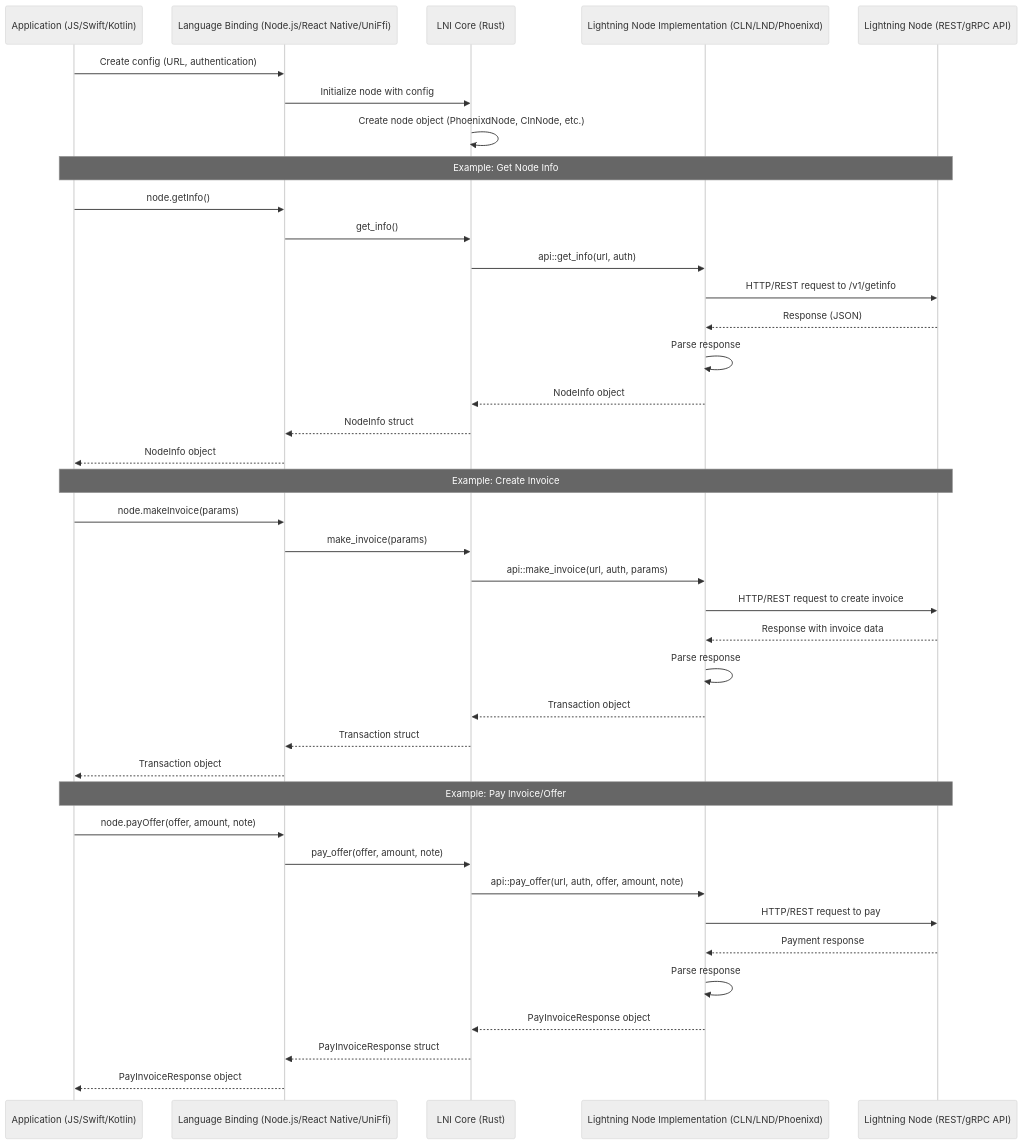
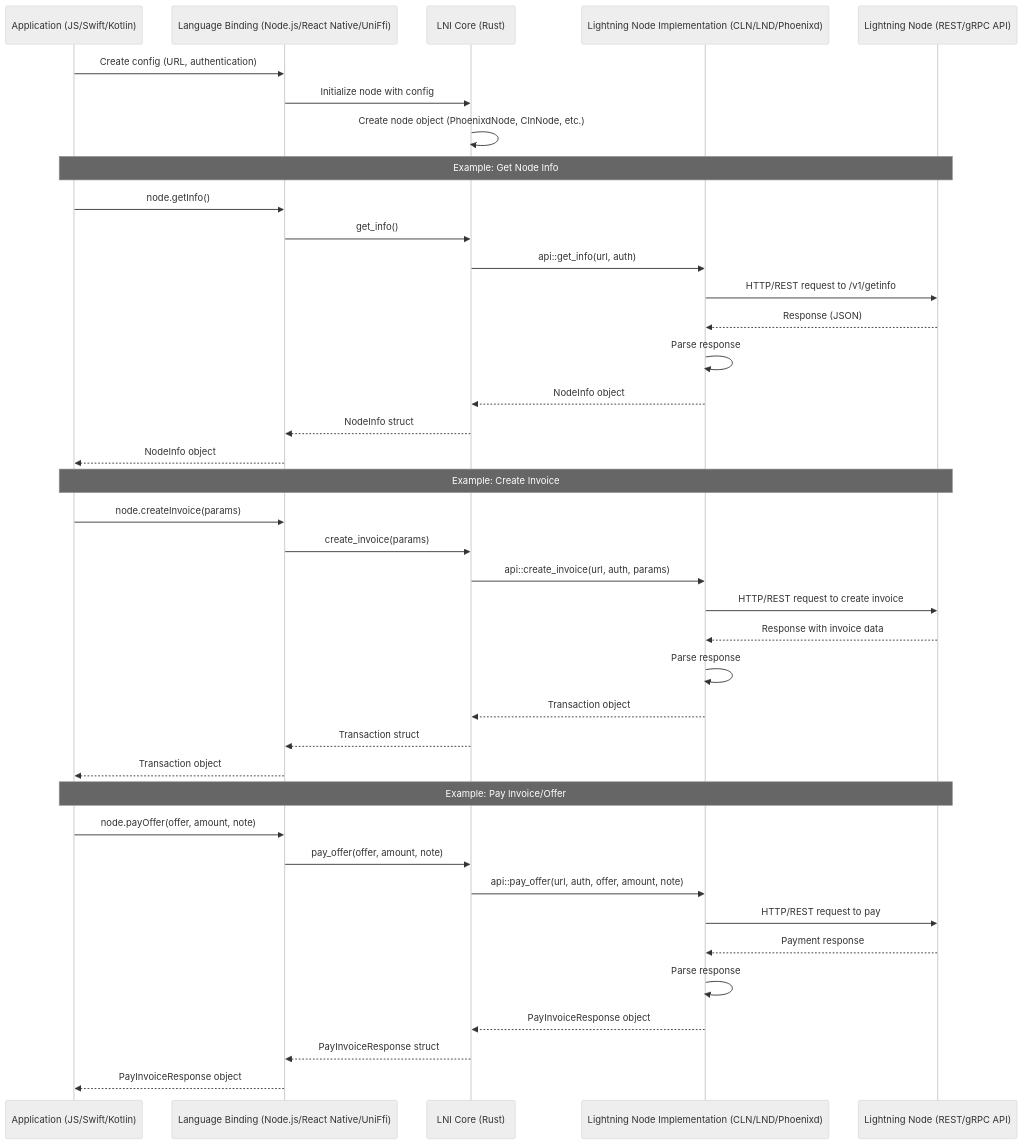
Before and after one commit to lightning-node-interface/lni: the diagram in readme.md, drawn with Mermaid (neutral theme). The commit also changed 16 other files, not shown here.

Commit message:
cln bolt11 create_invoice

````diff
--- a/readme.md
+++ b/readme.md
@@ -213,48 +213,48 @@
 ```mermaid
 sequenceDiagram
     participant App as Application (JS/Swift/Kotlin)
     participant Binding as Language Binding (Node.js/React Native/UniFfi)
     participant LNI as LNI Core (Rust)
     participant Node as Lightning Node Implementation (CLN/LND/Phoenixd)
     participant LN as Lightning Node (REST/gRPC API)
 
     App->>Binding: Create config (URL, authentication)
     Binding->>LNI: Initialize node with config
     LNI->>LNI: Create node object (PhoenixdNode, ClnNode, etc.)
     
     Note over App,LN: Example: Get Node Info
     
     App->>Binding: node.getInfo()
     Binding->>LNI: get_info()
     LNI->>Node: api::get_info(url, auth)
     Node->>LN: HTTP/REST request to /v1/getinfo
     LN-->>Node: Response (JSON)
     Node->>Node: Parse response
     Node-->>LNI: NodeInfo object
     LNI-->>Binding: NodeInfo struct
     Binding-->>App: NodeInfo object
 
     Note over App,LN: Example: Create Invoice
     
-    App->>Binding: node.makeInvoice(params)
-    Binding->>LNI: make_invoice(params)
-    LNI->>Node: api::make_invoice(url, auth, params)
+    App->>Binding: node.createInvoice(params)
+    Binding->>LNI: create_invoice(params)
+    LNI->>Node: api::create_invoice(url, auth, params)
     Node->>LN: HTTP/REST request to create invoice
     LN-->>Node: Response with invoice data
     Node->>Node: Parse response
     Node-->>LNI: Transaction object
     LNI-->>Binding: Transaction struct
     Binding-->>App: Transaction object
 
     Note over App,LN: Example: Pay Invoice/Offer
     
     App->>Binding: node.payOffer(offer, amount, note)
     Binding->>LNI: pay_offer(offer, amount, note)
     LNI->>Node: api::pay_offer(url, auth, offer, amount, note)
     Node->>LN: HTTP/REST request to pay
     LN-->>Node: Payment response
     Node->>Node: Parse response
     Node-->>LNI: PayInvoiceResponse object
     LNI-->>Binding: PayInvoiceResponse struct
     Binding-->>App: PayInvoiceResponse object
 ```
````
